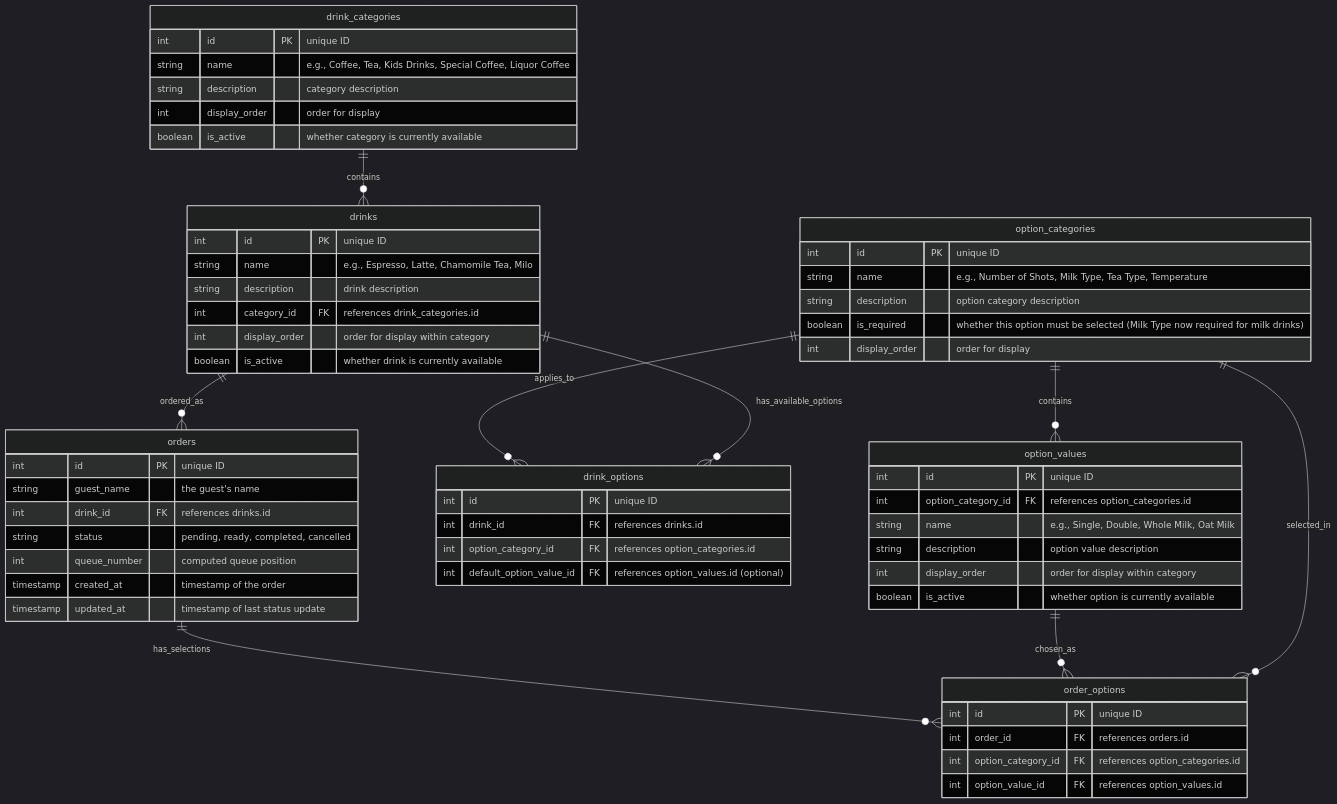
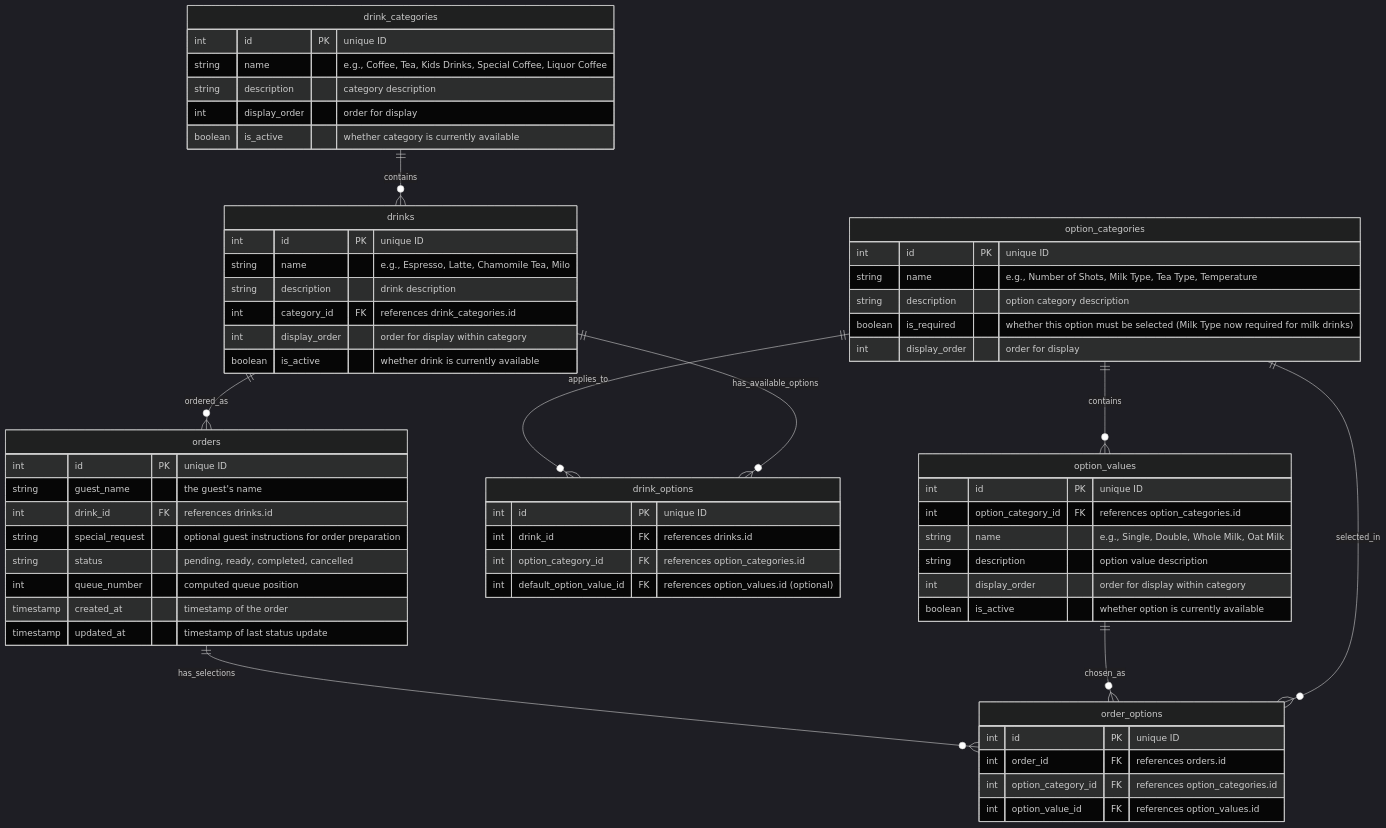
Before and after one commit to raffertyuy/uy-kape: the diagram in docs/specs/db_schema.md, drawn with Mermaid (dark theme). The commit also changed other lines of this file and 43 other files, not shown here.

````diff
--- a/docs/specs/db_schema.md
+++ b/docs/specs/db_schema.md
@@ -7,69 +7,70 @@
 ```mermaid
 erDiagram
     drink_categories {
         int id PK "unique ID"
         string name "e.g., Coffee, Tea, Kids Drinks, Special Coffee, Liquor Coffee"
         string description "category description"
         int display_order "order for display"
         boolean is_active "whether category is currently available"
     }
     
     drinks {
         int id PK "unique ID"
         string name "e.g., Espresso, Latte, Chamomile Tea, Milo"
         string description "drink description"
         int category_id FK "references drink_categories.id"
         int display_order "order for display within category"
         boolean is_active "whether drink is currently available"
     }
     
     option_categories {
         int id PK "unique ID"
         string name "e.g., Number of Shots, Milk Type, Tea Type, Temperature"
         string description "option category description"
         boolean is_required "whether this option must be selected (Milk Type now required for milk drinks)"
         int display_order "order for display"
     }
     
     option_values {
         int id PK "unique ID"
         int option_category_id FK "references option_categories.id"
         string name "e.g., Single, Double, Whole Milk, Oat Milk"
         string description "option value description"
         int display_order "order for display within category"
         boolean is_active "whether option is currently available"
     }
     
     drink_options {
         int id PK "unique ID"
         int drink_id FK "references drinks.id"
         int option_category_id FK "references option_categories.id"
         int default_option_value_id FK "references option_values.id (optional)"
     }
     
     orders {
         int id PK "unique ID"
         string guest_name "the guest's name"
         int drink_id FK "references drinks.id"
+        string special_request "optional guest instructions for order preparation"
         string status "pending, ready, completed, cancelled"
         int queue_number "computed queue position"
         timestamp created_at "timestamp of the order"
         timestamp updated_at "timestamp of last status update"
     }
     
     order_options {
         int id PK "unique ID"
         int order_id FK "references orders.id"
         int option_category_id FK "references option_categories.id"
         int option_value_id FK "references option_values.id"
     }
     
     drink_categories ||--o{ drinks : contains
     drinks ||--o{ drink_options : has_available_options
     drinks ||--o{ orders : ordered_as
     option_categories ||--o{ option_values : contains
     option_categories ||--o{ drink_options : applies_to
     option_categories ||--o{ order_options : selected_in
     option_values ||--o{ order_options : chosen_as
     orders ||--o{ order_options : has_selections
 ```
````
